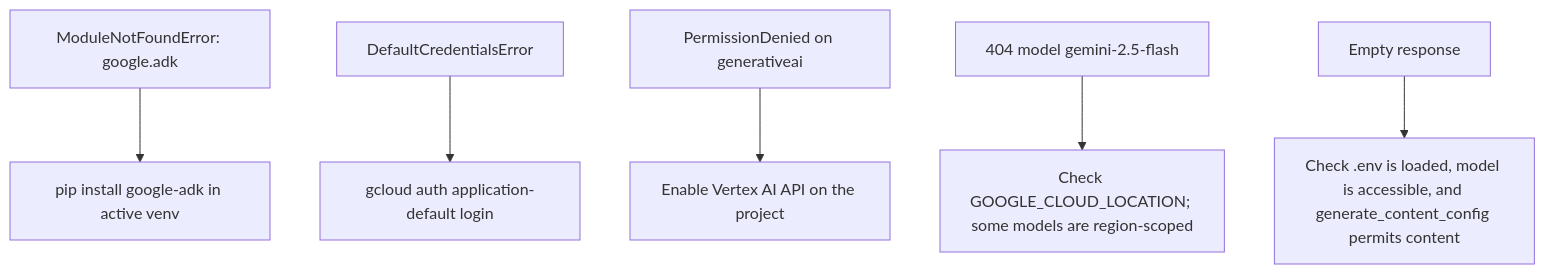
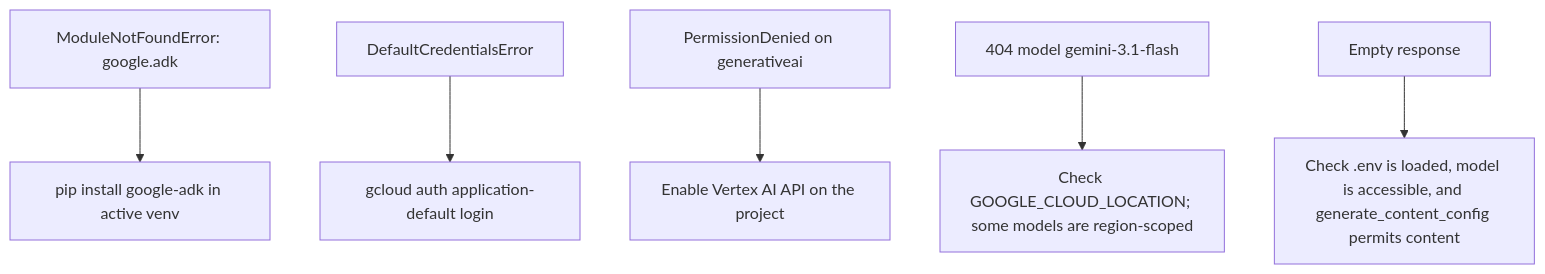
Before and after one commit to vmishra/Google-ADK-Cookbook: the diagram in docs/01-getting-started/installation.md, drawn with Mermaid. The commit also changed other lines of this file and 35 other files, not shown here.

````diff
--- a/docs/01-getting-started/installation.md
+++ b/docs/01-getting-started/installation.md
@@ -145,8 +145,8 @@
 ```mermaid
 flowchart TD
   F1[ModuleNotFoundError: google.adk] --> R1[pip install google-adk in active venv]
   F2[DefaultCredentialsError] --> R2[gcloud auth application-default login]
   F3[PermissionDenied on generativeai] --> R3[Enable Vertex AI API on the project]
-  F4[404 model gemini-2.5-flash] --> R4[Check GOOGLE_CLOUD_LOCATION; some models are region-scoped]
+  F4[404 model gemini-3.1-flash] --> R4[Check GOOGLE_CLOUD_LOCATION; some models are region-scoped]
   F5[Empty response] --> R5[Check .env is loaded, model is accessible, and generate_content_config permits content]
 ```
````
